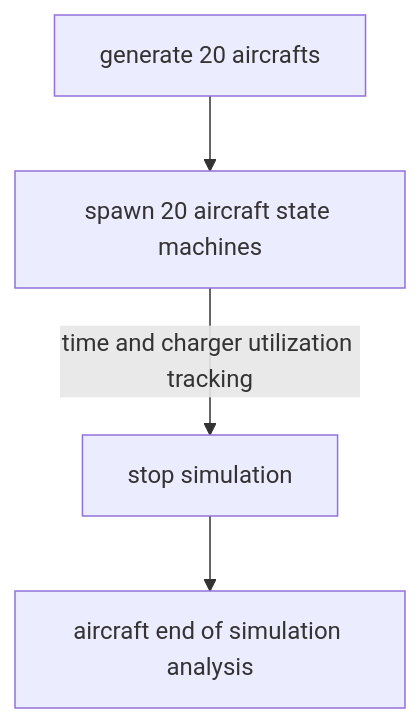
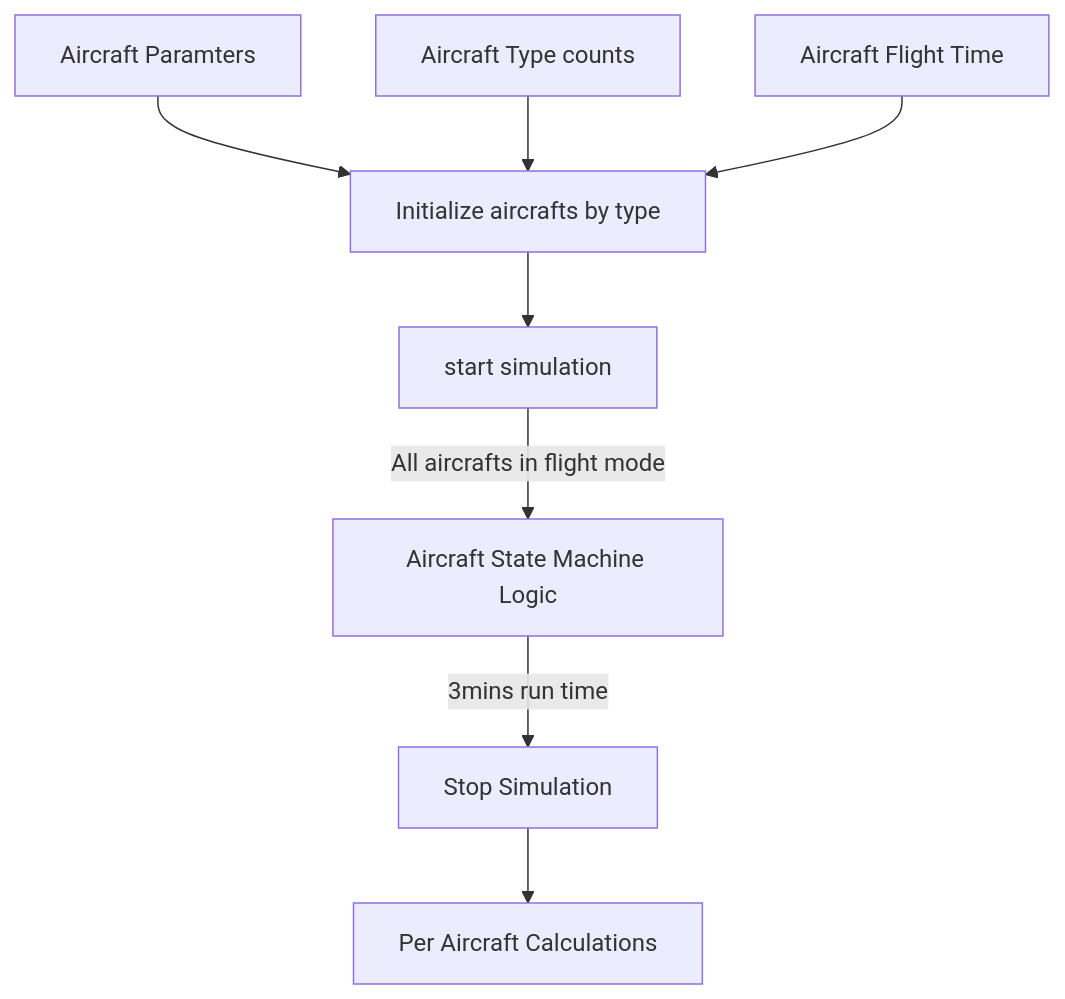
Before and after one commit to tghedaoo/eVTOL_sim: the second of 2 diagrams in README.md, drawn with Mermaid. The commit also changed other lines of this file, not shown here.

````diff
--- a/README.md
+++ b/README.md
@@ -31,6 +46,10 @@
 ```mermaid
 flowchart TD;
-    A[generate 20 aircrafts]-->B[spawn 20 aircraft state machines];
-    B-- time and charger utilization tracking -->C[stop simulation];
-    C-->D[aircraft end of simulation analysis]
+    A1[Aircraft Paramters] --> A;
+    A2[Aircraft Type counts] --> A;
+    A3[Aircraft Flight Time] --> A;
+    A[Initialize aircrafts by type]-->B[start simulation];
+    B-- All aircrafts in flight mode -->C[Aircraft State Machine Logic];
+    C-- 3mins run time -->D[Stop Simulation];
+    D --> E[Per Aircraft Calculations];
 ```
````
